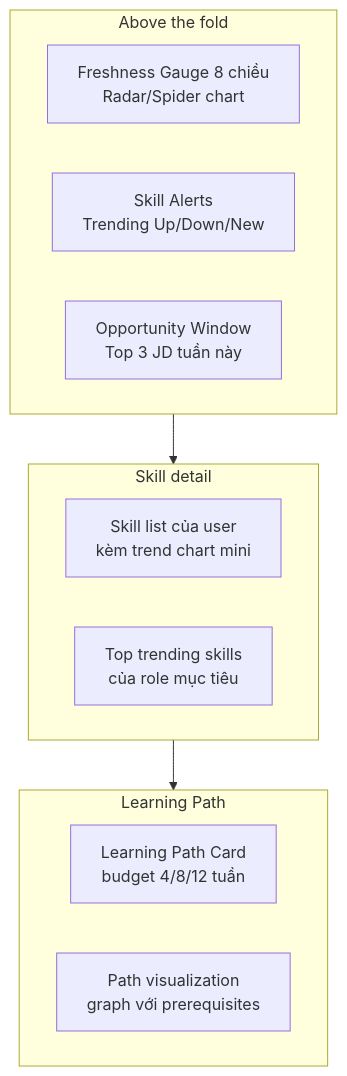
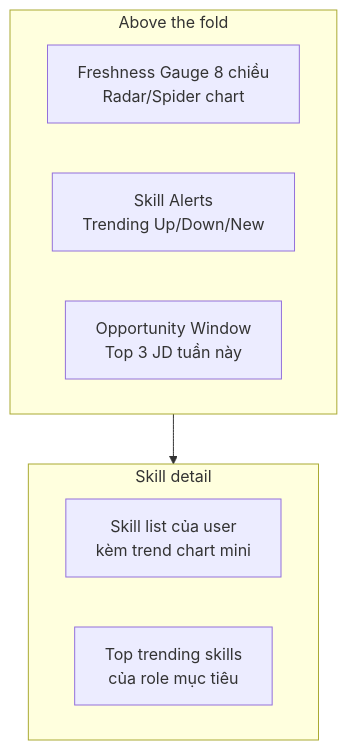
Before and after one commit to dungken/cv-assistant: the fourth of 5 diagrams in thesis_report/chuong3/3.6_thiet_ke_kien_truc.md, drawn with Mermaid. The commit also changed other lines of this file and 34 other files, not shown here.

````diff
--- a/thesis_report/chuong3/3.6_thiet_ke_kien_truc.md
+++ b/thesis_report/chuong3/3.6_thiet_ke_kien_truc.md
@@ -337,17 +332,13 @@
 ```mermaid
 flowchart TB
     subgraph Top[Above the fold]
         A1[Freshness Gauge 8 chiều<br/>Radar/Spider chart]
         A2[Skill Alerts<br/>Trending Up/Down/New]
         A3[Opportunity Window<br/>Top 3 JD tuần này]
     end
     subgraph Mid[Skill detail]
         B1[Skill list của user<br/>kèm trend chart mini]
         B2[Top trending skills<br/>của role mục tiêu]
     end
-    subgraph Bot[Learning Path]
-        C1[Learning Path Card<br/>budget 4/8/12 tuần]
-        C2[Path visualization<br/>graph với prerequisites]
-    end
-    Top --> Mid --> Bot
+    Top --> Mid
 ```
````
